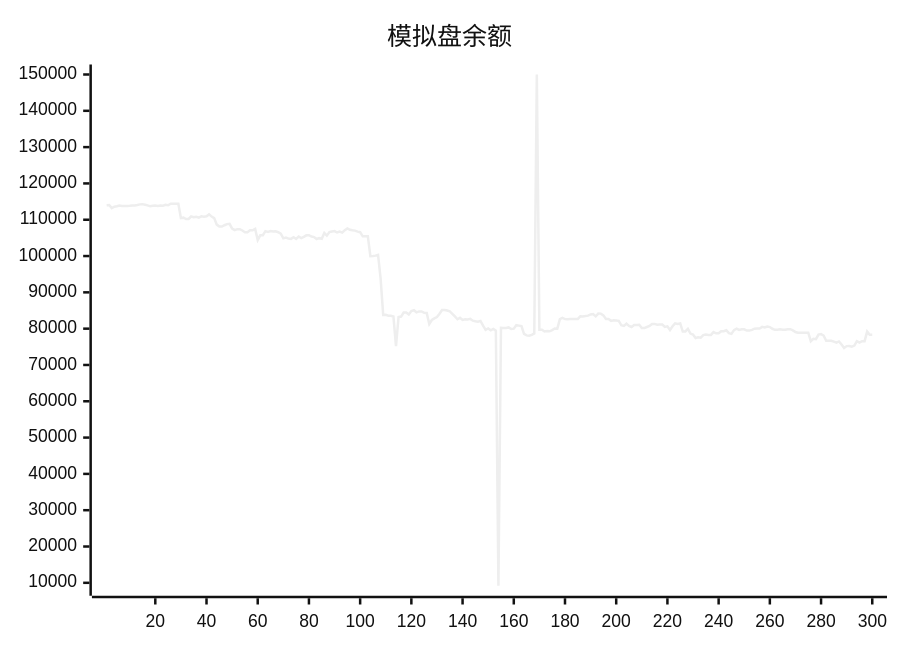
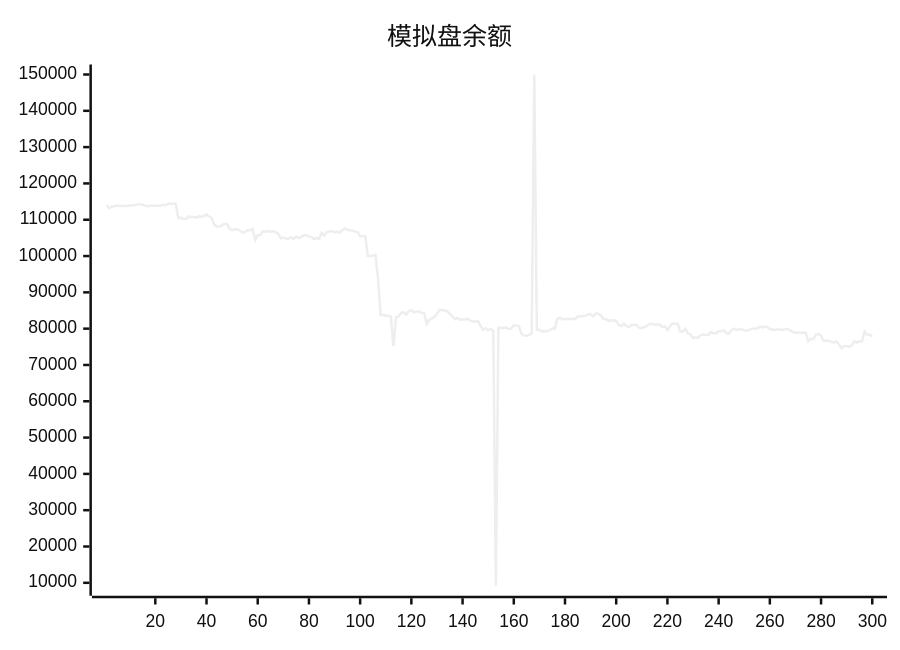
The diagram in README.md (aahl/ai-trading), drawn with Mermaid (neutral theme) before and after one commit. The commit also changed other lines of this file and 1 other file, not shown here.

````diff
--- a/README.md
+++ b/README.md
@@ -5,5 +5,5 @@
 ```mermaid
 xychart
     title "模拟盘余额"
-    line [113996,114051,113208,113593,113701,113901,113794,113784,113810,113848,113927,113929,114064,114232,114293,114144,113960,113698,113853,113942,113812,113908,113877,114091,113998,114427,114422,114384,114384,110477,110576,110198,110198,110890,110712,110812,110569,110929,110847,110968,111478,110870,110433,108661,108116,108115,108485,108797,108877,107536,107134,107393,107393,107046,106565,106565,107081,107081,107478,104404,105715,105749,106866,106651,106889,106771,106816,106565,106141,104876,105103,104796,104734,105169,104690,105380,104941,105272,105709,105739,105374,105227,104691,104924,104762,106364,105628,106608,106748,106872,106485,106721,106468,107132,107620,107224,107080,107001,106717,106567,105431,105431,105440,99950,100017,100113,100337,93749,83795,83807,83567,83567,83342,75168,83222,83336,84448,84449,83896,84839,85065,84499,84757,84757,84364,84347,81254,82385,82835,83184,84099,85150,85150,85002,84751,84096,83356,82582,82983,82404,82572,82512,82688,82200,82047,81920,82125,80840,79688,80060,79552,79920,79470,9193,80236,80208,80170,80336,79894,80006,80954,80837,80712,78561,78139,78037,78293,78682,150000,79720,79720,79214,79372,79279,79591,80046,79993,82625,82950,82626,82571,82633,82670,82670,82681,83386,83378,83464,83579,83920,84037,83402,84160,84142,83652,82655,82655,82145,82315,82243,82163,80934,80770,81371,80742,80468,80989,80989,81067,80191,80155,80450,80737,81309,81309,81106,81119,81119,80471,80631,79624,80670,81448,81290,81429,79212,79222,79940,78643,78380,77432,77623,77504,78235,78358,78284,78277,79048,78714,78714,79290,79308,79567,78763,78563,79603,79988,79652,79813,79813,79476,79469,79673,79995,80015,80015,80486,80314,80600,80436,79966,79689,79689,79819,79692,79692,79850,79850,79518,79071,78889,78850,78850,78878,78878,76554,77202,77103,78357,78510,78106,76678,76677,76672,76411,76159,76485,75656,74695,75197,75246,75052,75334,76564,76179,76553,76551,79196,78300,78300]
+    line [114051,113208,113593,113701,113901,113794,113784,113810,113848,113927,113929,114064,114232,114293,114144,113960,113698,113853,113942,113812,113908,113877,114091,113998,114427,114422,114384,114384,110477,110576,110198,110198,110890,110712,110812,110569,110929,110847,110968,111478,110870,110433,108661,108116,108115,108485,108797,108877,107536,107134,107393,107393,107046,106565,106565,107081,107081,107478,104404,105715,105749,106866,106651,106889,106771,106816,106565,106141,104876,105103,104796,104734,105169,104690,105380,104941,105272,105709,105739,105374,105227,104691,104924,104762,106364,105628,106608,106748,106872,106485,106721,106468,107132,107620,107224,107080,107001,106717,106567,105431,105431,105440,99950,100017,100113,100337,93749,83795,83807,83567,83567,83342,75168,83222,83336,84448,84449,83896,84839,85065,84499,84757,84757,84364,84347,81254,82385,82835,83184,84099,85150,85150,85002,84751,84096,83356,82582,82983,82404,82572,82512,82688,82200,82047,81920,82125,80840,79688,80060,79552,79920,79470,9193,80236,80208,80170,80336,79894,80006,80954,80837,80712,78561,78139,78037,78293,78682,150000,79720,79720,79214,79372,79279,79591,80046,79993,82625,82950,82626,82571,82633,82670,82670,82681,83386,83378,83464,83579,83920,84037,83402,84160,84142,83652,82655,82655,82145,82315,82243,82163,80934,80770,81371,80742,80468,80989,80989,81067,80191,80155,80450,80737,81309,81309,81106,81119,81119,80471,80631,79624,80670,81448,81290,81429,79212,79222,79940,78643,78380,77432,77623,77504,78235,78358,78284,78277,79048,78714,78714,79290,79308,79567,78763,78563,79603,79988,79652,79813,79813,79476,79469,79673,79995,80015,80015,80486,80314,80600,80436,79966,79689,79689,79819,79692,79692,79850,79850,79518,79071,78889,78850,78850,78878,78878,76554,77202,77103,78357,78510,78106,76678,76677,76672,76411,76159,76485,75656,74695,75197,75246,75052,75334,76564,76179,76553,76551,79196,78300,78300,77944]
 ```
````
